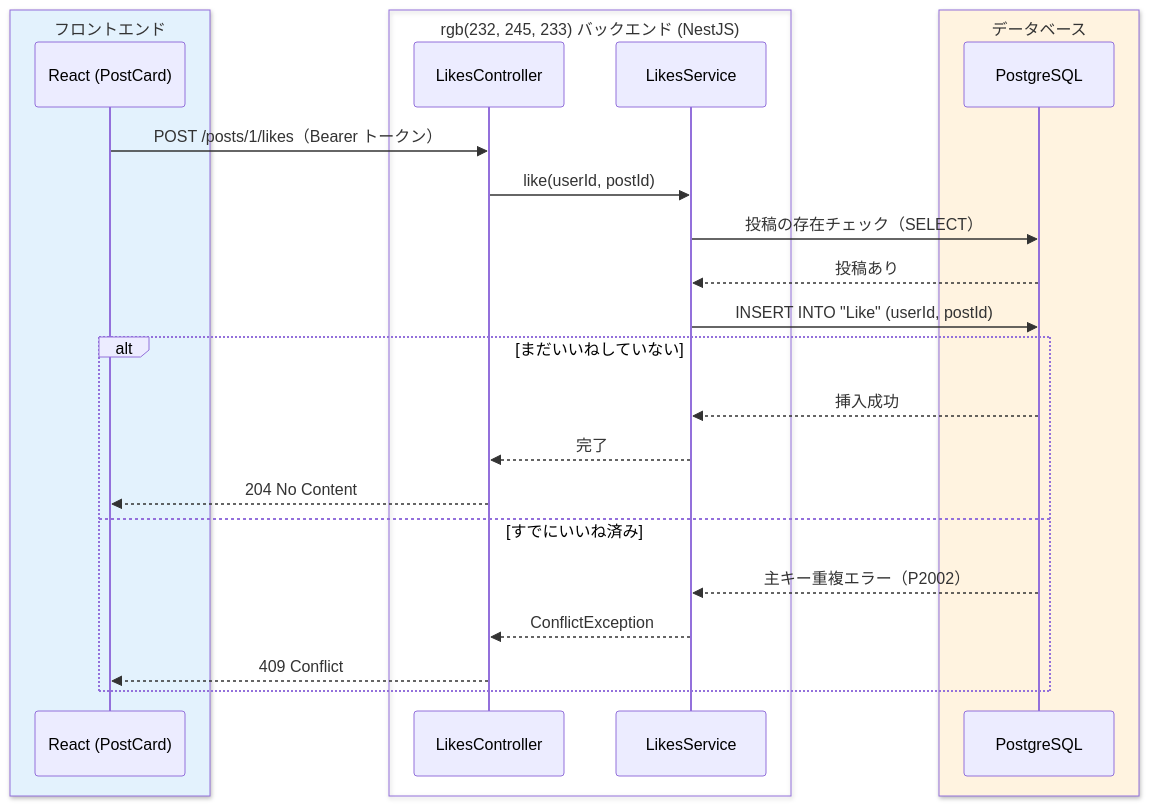
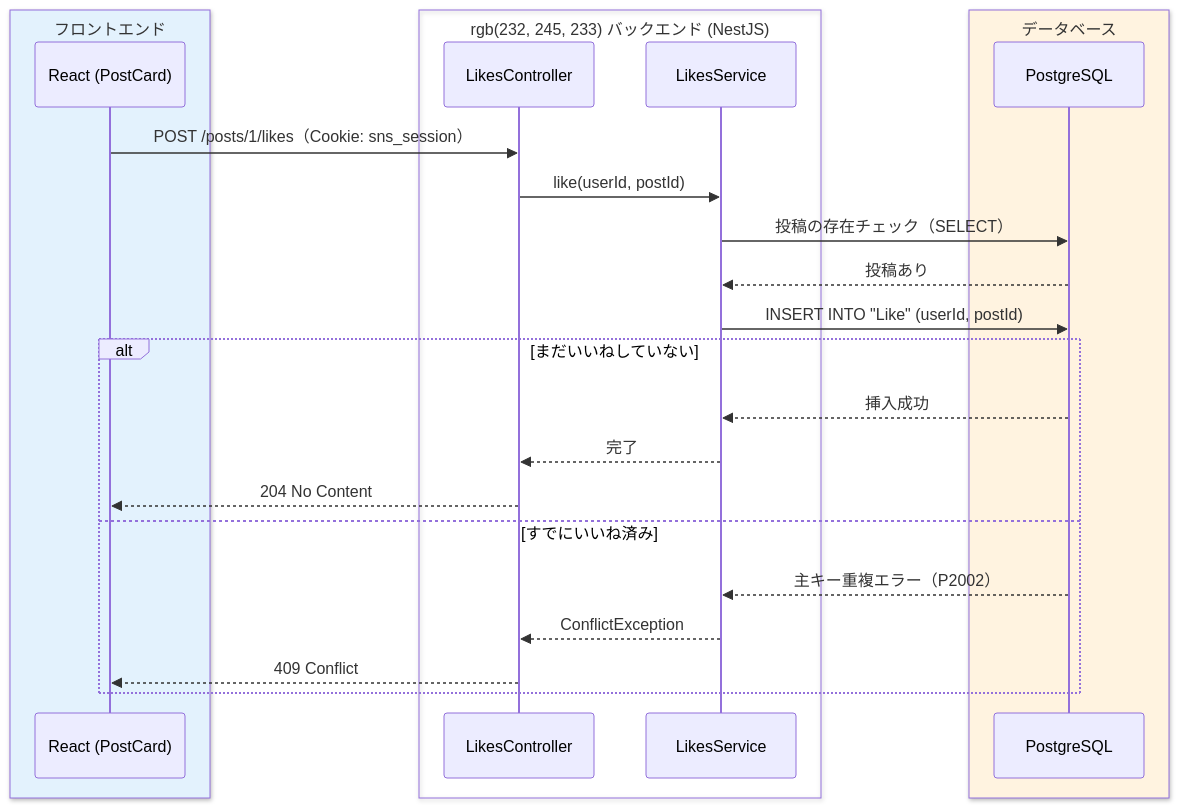
Before and after one commit to dik-ab/school-curriculum-platform: the second of 2 diagrams in cloudflare-site/src/content/docs/sns/nestjs/likes.md, drawn with Mermaid. The commit also changed other lines of this file, not shown here.

Commit message:
docs: align sns likes with cookie auth

````diff
--- a/cloudflare-site/src/content/docs/sns/nestjs/likes.md
+++ b/cloudflare-site/src/content/docs/sns/nestjs/likes.md
@@ -149,28 +149,28 @@
 ```mermaid
 sequenceDiagram
     box rgb(227, 242, 253) フロントエンド
         participant R as React (PostCard)
     end
     box rgb(232, 245, 233) バックエンド (NestJS)
         participant C as LikesController
         participant S as LikesService
     end
     box rgb(255, 243, 224) データベース
         participant DB as PostgreSQL
     end
 
-    R->>C: POST /posts/1/likes（Bearer トークン）
+    R->>C: POST /posts/1/likes（Cookie: sns_session）
     C->>S: like(userId, postId)
     S->>DB: 投稿の存在チェック（SELECT）
     DB-->>S: 投稿あり
     S->>DB: INSERT INTO "Like" (userId, postId)
     alt まだいいねしていない
         DB-->>S: 挿入成功
         S-->>C: 完了
         C-->>R: 204 No Content
     else すでにいいね済み
         DB-->>S: 主キー重複エラー（P2002）
         S-->>C: ConflictException
         C-->>R: 409 Conflict
     end
 ```
````
